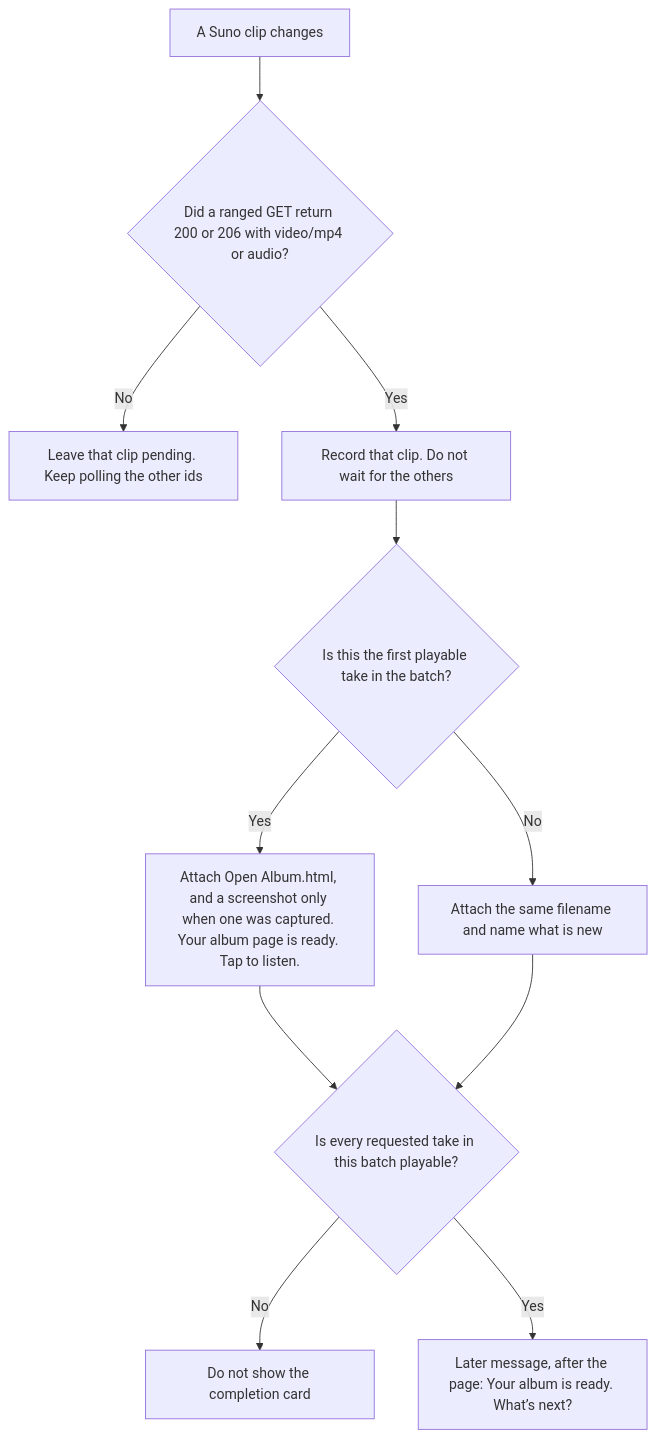
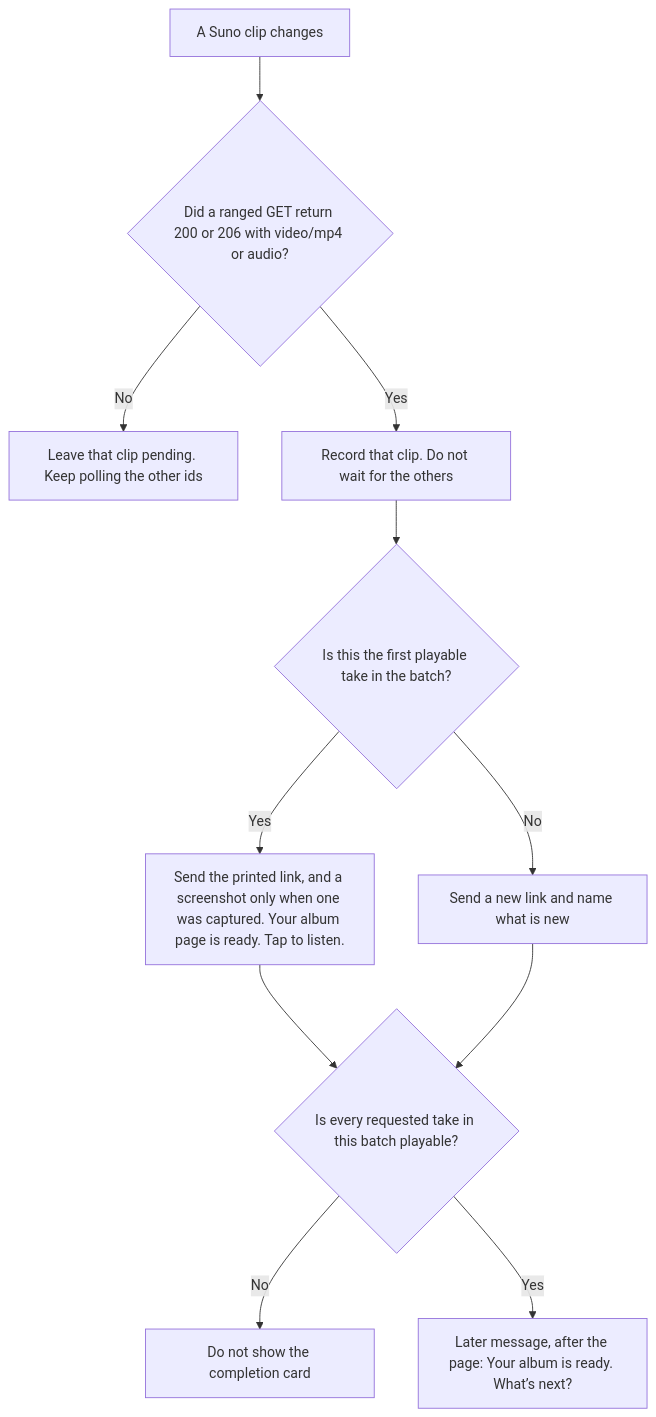
One commit to sashakhad/album-kit changed the fifth of 7 diagrams in docs/decision-charts.md. Above: the diagram before and after it, drawn with Mermaid. The commit also changed 26 other files, not shown here.

First line of the commit message:
Send each album as a compact link snapshot.

````diff
--- a/docs/decision-charts.md
+++ b/docs/decision-charts.md
@@ -101,13 +101,13 @@
 ```mermaid
 flowchart TD
   clip["A Suno clip changes"] --> ready{"Did a ranged GET return 200 or 206 with video/mp4 or audio?"}
   ready -->|No| wait["Leave that clip pending. Keep polling the other ids"]
   ready -->|Yes| record["Record that clip. Do not wait for the others"]
   record --> first{"Is this the first playable take in the batch?"}
-  first -->|Yes| sendFirst["Attach Open Album.html, and a screenshot only when one was captured. Your album page is ready. Tap to listen."]
-  first -->|No| sendMore["Attach the same filename and name what is new"]
+  first -->|Yes| sendFirst["Send the printed link, and a screenshot only when one was captured. Your album page is ready. Tap to listen."]
+  first -->|No| sendMore["Send a new link and name what is new"]
   sendFirst --> done{"Is every requested take in this batch playable?"}
   sendMore --> done
   done -->|No| watch["Do not show the completion card"]
   done -->|Yes| card["Later message, after the page: Your album is ready. What’s next?"]
 ```
````
